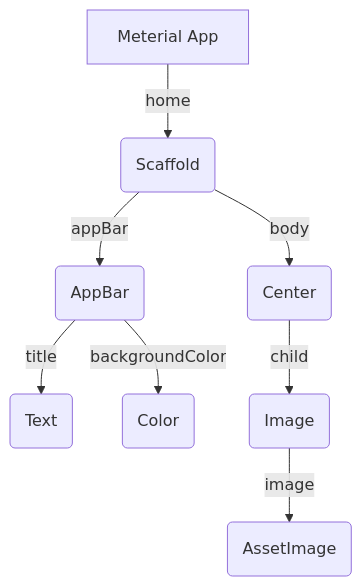
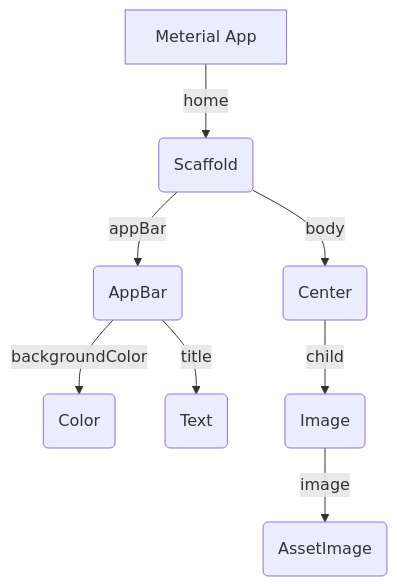
Before and after one commit to JaesungMoon/mermaid: the diagram in README.md, drawn with Mermaid. The commit also changed other lines of this file, not shown here.

````diff
--- a/README.md
+++ b/README.md
@@ -4,12 +4,12 @@
 ```mermaid
 
 graph TD
 A[Meterial App] -->|home| B(Scaffold)
 B --> |appBar| C(AppBar)
+C --> |backgroundColor| E(Color)
 C --> |title| D(Text)
-C --> |backgroundColor| E(Color)
 B --> |body| F(Center)
 F --> |child| G(Image)
 G --> |image| H(AssetImage)
 
 ```
````
